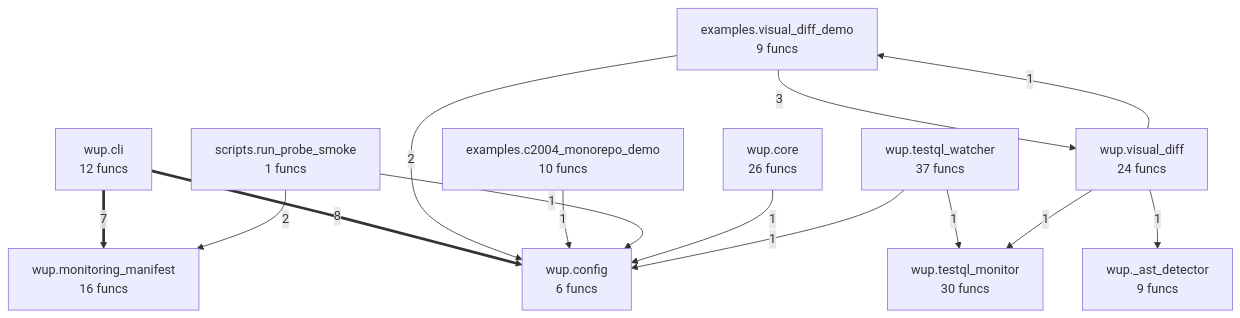
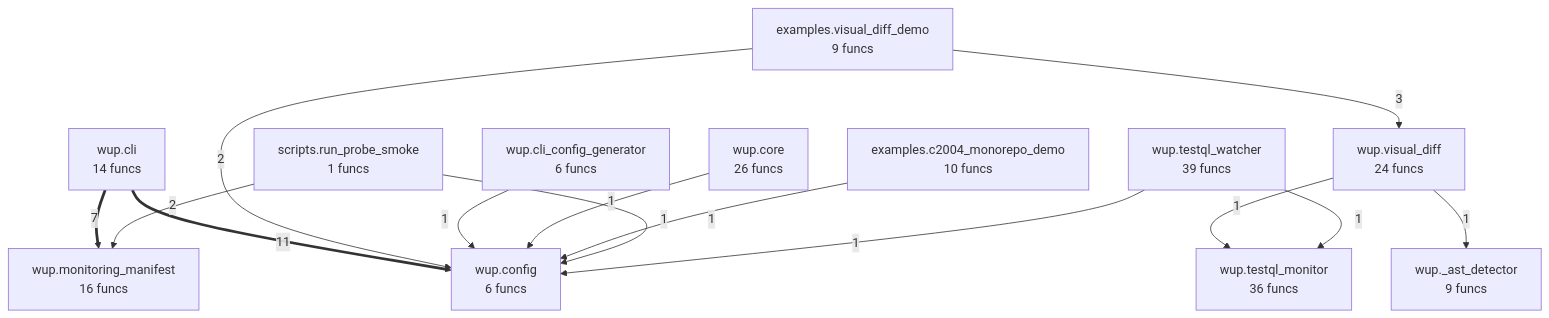
Before and after one commit to semcod/wup: the diagram in project/compact_flow.mmd, drawn with Mermaid. The commit also changed 71 other files, not shown here.

```diff
--- a/project/compact_flow.mmd
+++ b/project/compact_flow.mmd
@@ -1,26 +1,27 @@
 flowchart TD
 %% generated in 0.01s
     examples__c2004_monorepo_demo["examples.c2004_monorepo_demo<br/>10 funcs"]
     examples__visual_diff_demo["examples.visual_diff_demo<br/>9 funcs"]
     scripts__run_probe_smoke["scripts.run_probe_smoke<br/>1 funcs"]
     wup___ast_detector["wup._ast_detector<br/>9 funcs"]
-    wup__cli["wup.cli<br/>12 funcs"]
+    wup__cli["wup.cli<br/>14 funcs"]
+    wup__cli_config_generator["wup.cli_config_generator<br/>6 funcs"]
     wup__config["wup.config<br/>6 funcs"]
     wup__core["wup.core<br/>26 funcs"]
     wup__monitoring_manifest["wup.monitoring_manifest<br/>16 funcs"]
-    wup__testql_monitor["wup.testql_monitor<br/>30 funcs"]
-    wup__testql_watcher["wup.testql_watcher<br/>37 funcs"]
+    wup__testql_monitor["wup.testql_monitor<br/>36 funcs"]
+    wup__testql_watcher["wup.testql_watcher<br/>39 funcs"]
     wup__visual_diff["wup.visual_diff<br/>24 funcs"]
-    wup__cli ==>|8| wup__config
+    wup__cli ==>|11| wup__config
     wup__cli ==>|7| wup__monitoring_manifest
     examples__visual_diff_demo -->|3| wup__visual_diff
     examples__visual_diff_demo -->|2| wup__config
     scripts__run_probe_smoke -->|2| wup__monitoring_manifest
+    wup__cli_config_generator -->|1| wup__config
+    wup__core -->|1| wup__config
+    wup__visual_diff -->|1| wup__testql_monitor
+    wup__visual_diff -->|1| wup___ast_detector
     examples__c2004_monorepo_demo -->|1| wup__config
     scripts__run_probe_smoke -->|1| wup__config
-    wup__core -->|1| wup__config
     wup__testql_watcher -->|1| wup__config
     wup__testql_watcher -->|1| wup__testql_monitor
-    wup__visual_diff -->|1| wup__testql_monitor
-    wup__visual_diff -->|1| wup___ast_detector
-    wup__visual_diff -->|1| examples__visual_diff_demo
```
